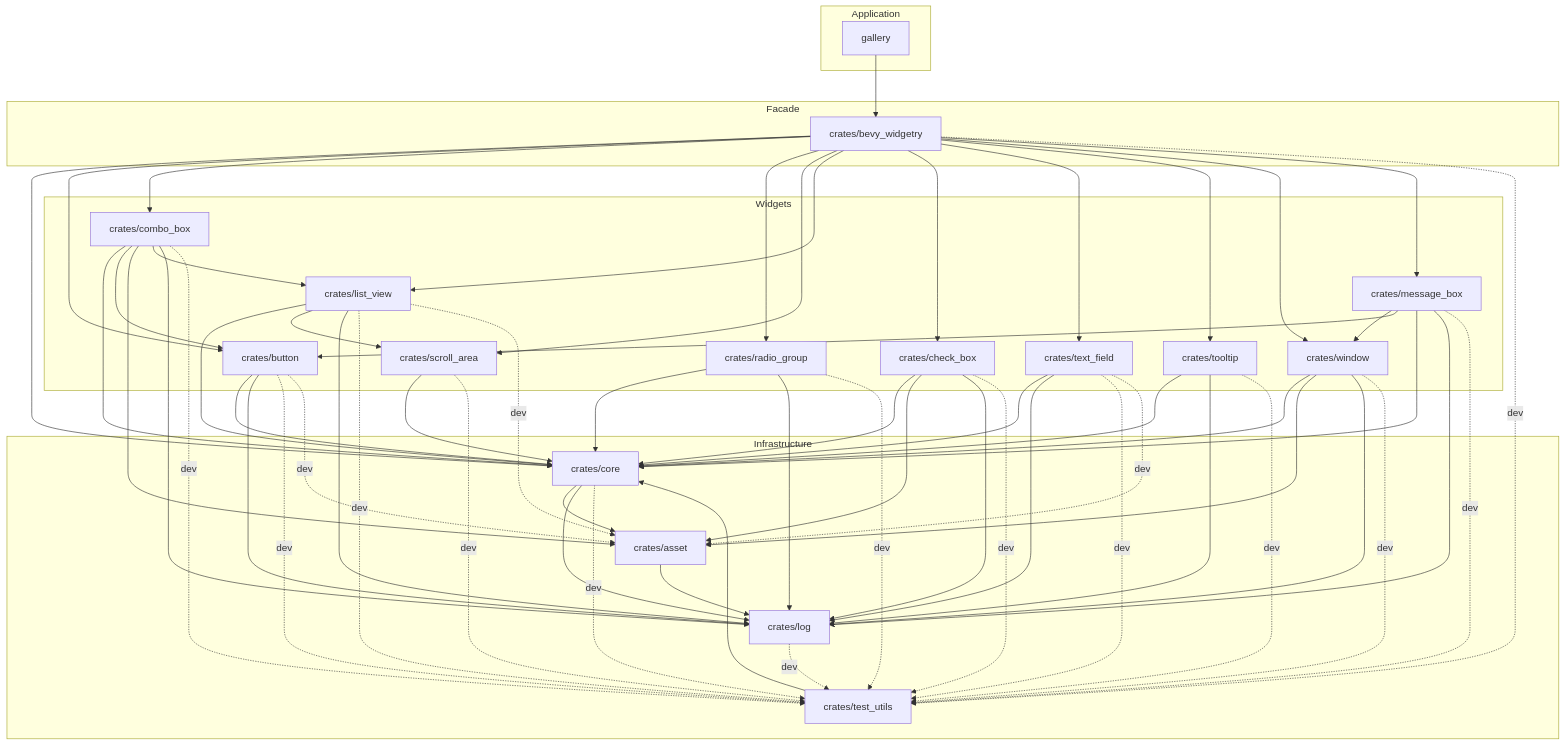
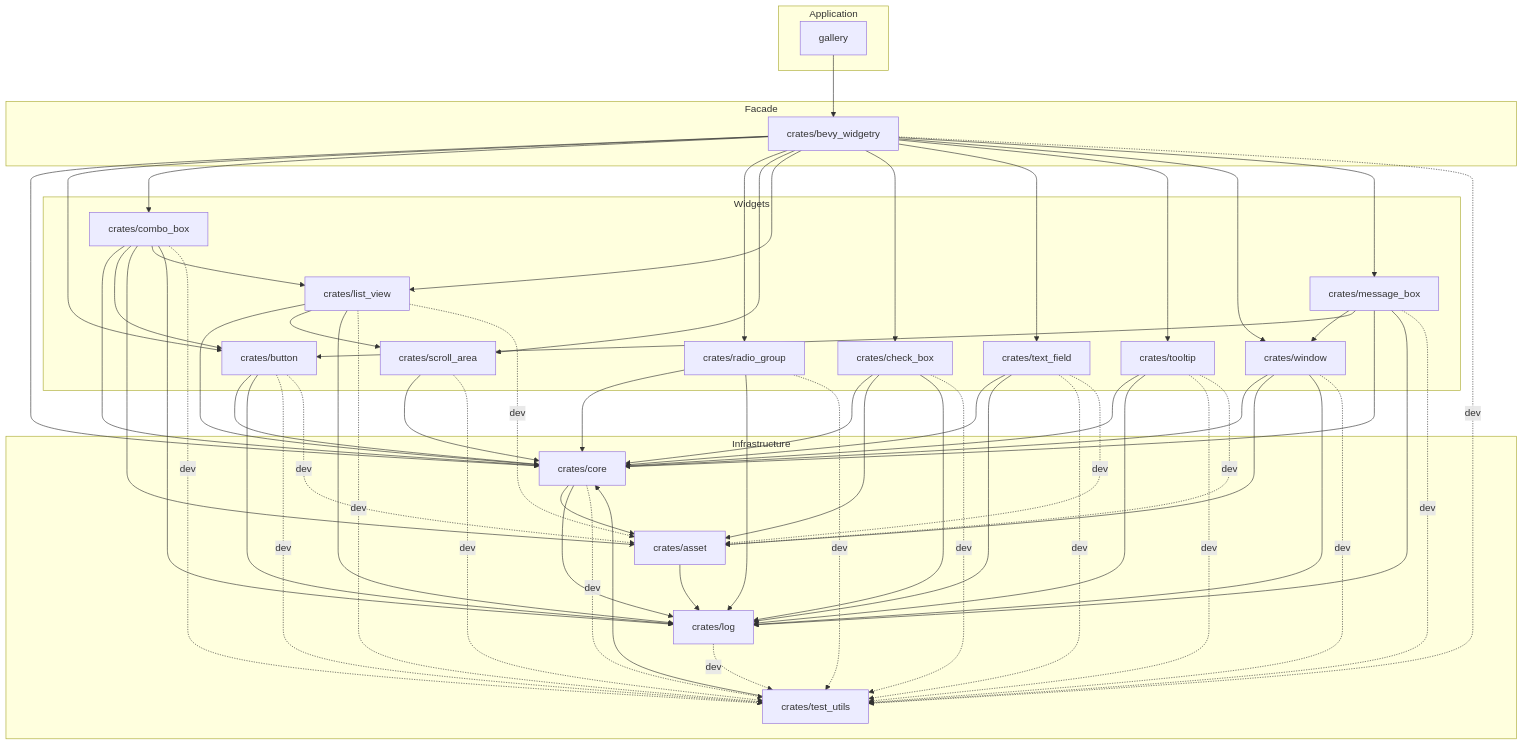
The diagram in docs/architecture.md (slc90/bevy_widgetry), drawn with Mermaid before and after one commit. The commit also changed 4 other files, not shown here.

````diff
--- a/docs/architecture.md
+++ b/docs/architecture.md
@@ -256,6 +256,7 @@
     text_field -. dev .-> test_utils
     text_field -. dev .-> asset
     tooltip -. dev .-> test_utils
+    tooltip -. dev .-> asset
     window -. dev .-> test_utils
     message_box -. dev .-> test_utils
 ```
````
